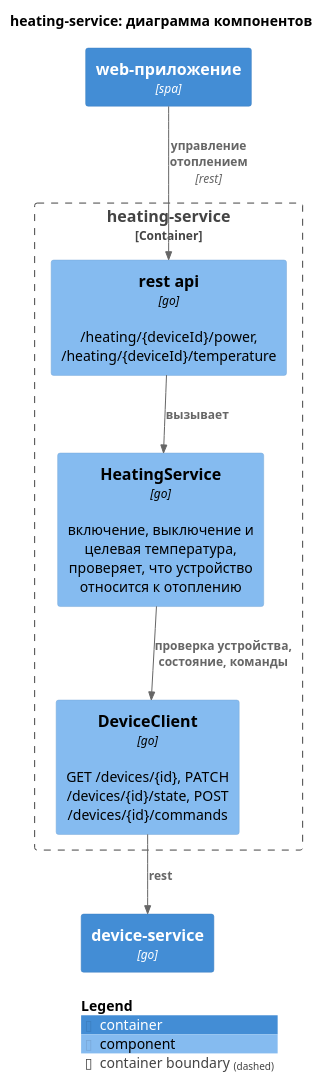
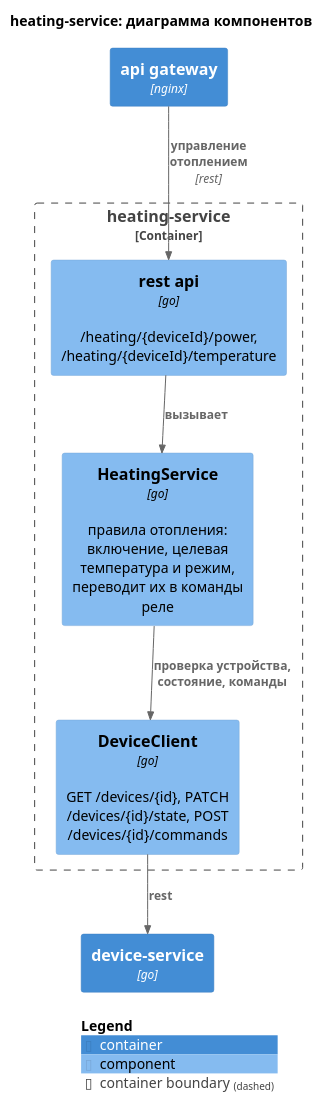
Before and after one commit to Murl1k/arch-sprint-1: the diagram in diagrams/component/heating-service.puml, drawn with PlantUML. The commit also changed 22 other files, not shown here.

```diff
--- a/diagrams/component/heating-service.puml
+++ b/diagrams/component/heating-service.puml
@@ -1,21 +1,21 @@
 @startuml heating-service
 !include https://raw.githubusercontent.com/plantuml-stdlib/C4-PlantUML/v2.14.0/C4_Component.puml
 
 title heating-service: диаграмма компонентов
 
-Container(web, "web-приложение", "spa")
+Container(api_gw, "api gateway", "nginx")
 Container(device_svc, "device-service", "go")
 
 Container_Boundary(svc, "heating-service") {
     Component(api, "rest api", "go", "/heating/{deviceId}/power, /heating/{deviceId}/temperature")
-    Component(heating, "HeatingService", "go", "включение, выключение и целевая температура, проверяет, что устройство относится к отоплению")
+    Component(heating, "HeatingService", "go", "правила отопления: включение, целевая температура и режим, переводит их в команды реле")
     Component(client, "DeviceClient", "go", "GET /devices/{id}, PATCH /devices/{id}/state, POST /devices/{id}/commands")
 }
 
-Rel(web, api, "управление отоплением", "rest")
+Rel(api_gw, api, "управление отоплением", "rest")
 Rel(api, heating, "вызывает")
 Rel(heating, client, "проверка устройства, состояние, команды")
 Rel(client, device_svc, "rest")
 
 SHOW_LEGEND()
 @enduml
```
